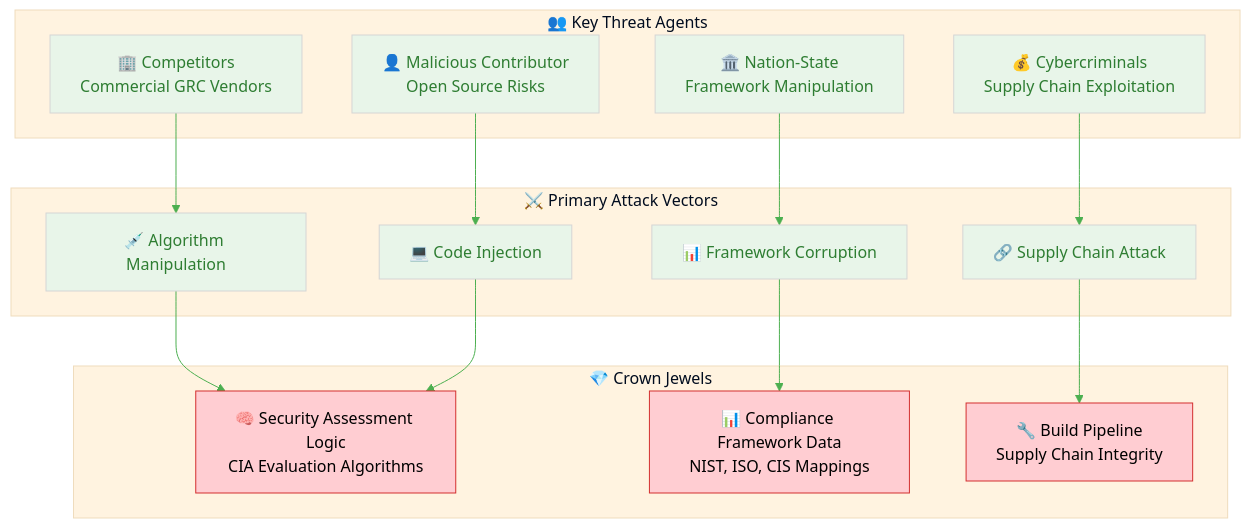
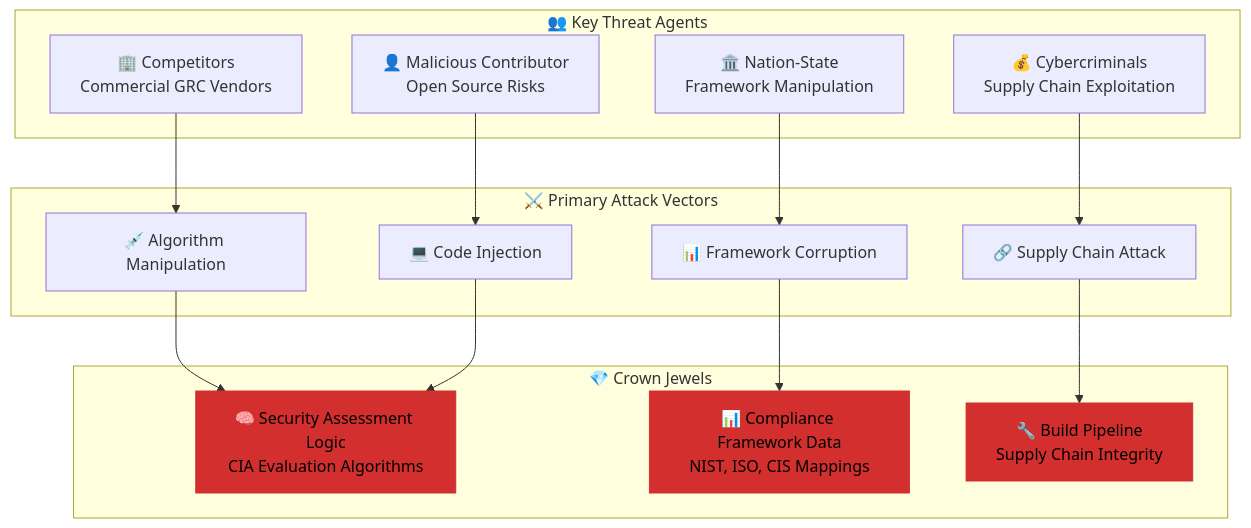
The first of 15 diagrams in docs/architecture/THREAT_MODEL.md (Hack23/cia-compliance-manager), drawn with Mermaid before and after one commit. The commit also changed other lines of this file and 18 other files, not shown here.

````diff
--- a/docs/architecture/THREAT_MODEL.md
+++ b/docs/architecture/THREAT_MODEL.md
@@ -116,48 +116,41 @@
 ```mermaid
 %%{
   init: {
-    'theme': 'base',
-    'themeVariables': {
-      'primaryColor': '#e8f5e9',
-      'primaryTextColor': '#2e7d32',
-      'lineColor': '#4caf50',
-      'secondaryColor': '#ffcdd2',
-      'tertiaryColor': '#fff3e0'
-    }
-  }
+    'theme': 'neutral',
+}
 }%%
 flowchart TB
     subgraph CROWN_JEWELS["💎 Crown Jewels"]
         ASSESSMENT[🧠 Security Assessment Logic<br/>CIA Evaluation Algorithms]
         FRAMEWORKS[📊 Compliance Framework Data<br/>NIST, ISO, CIS Mappings]
         PIPELINE[🔧 Build Pipeline<br/>Supply Chain Integrity]
     end
     
     subgraph ATTACK_VECTORS["⚔️ Primary Attack Vectors"]
         ALGO_POISON[💉 Algorithm Manipulation]
         FRAMEWORK_CORRUPT[📊 Framework Corruption]
         SUPPLY_CHAIN[🔗 Supply Chain Attack]
         CODE_INJECT[💻 Code Injection]
     end
     
     subgraph THREAT_AGENTS["👥 Key Threat Agents"]
         COMPETITORS[🏢 Competitors<br/>Commercial GRC Vendors]
         NATION_STATE[🏛️ Nation-State<br/>Framework Manipulation]
         CYBER_CRIME[💰 Cybercriminals<br/>Supply Chain Exploitation]
         INSIDER[👤 Malicious Contributor<br/>Open Source Risks]
     end
     
     ALGO_POISON --> ASSESSMENT
     FRAMEWORK_CORRUPT --> FRAMEWORKS
     SUPPLY_CHAIN --> PIPELINE
     CODE_INJECT --> ASSESSMENT
     
     COMPETITORS --> ALGO_POISON
     NATION_STATE --> FRAMEWORK_CORRUPT
     CYBER_CRIME --> SUPPLY_CHAIN
     INSIDER --> CODE_INJECT
     
-    style ASSESSMENT fill:#ffcdd2,stroke:#d32f2f,color:#000
-    style FRAMEWORKS fill:#ffcdd2,stroke:#d32f2f,color:#000
-    style PIPELINE fill:#ffcdd2,stroke:#d32f2f,color:#000
+    style ASSESSMENT fill:#D32F2F,stroke:#d32f2f,color:#000
+    style FRAMEWORKS fill:#D32F2F,stroke:#d32f2f,color:#000
+    style PIPELINE fill:#D32F2F,stroke:#d32f2f,color:#000
 ```
````
